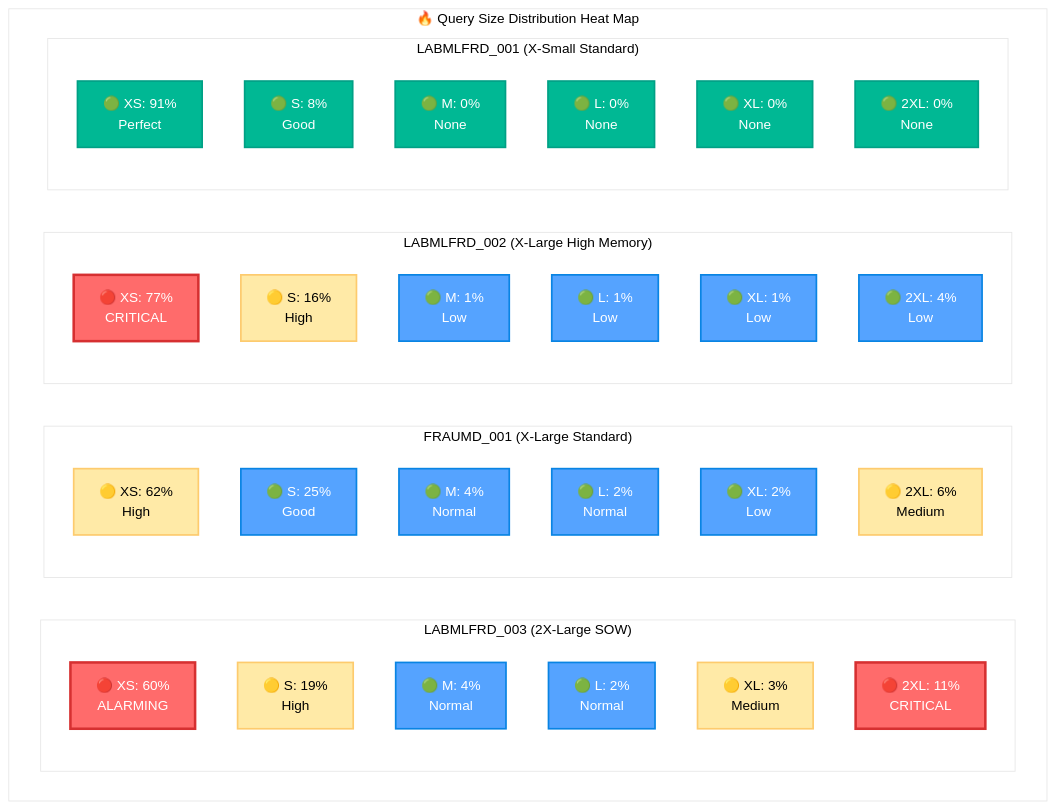
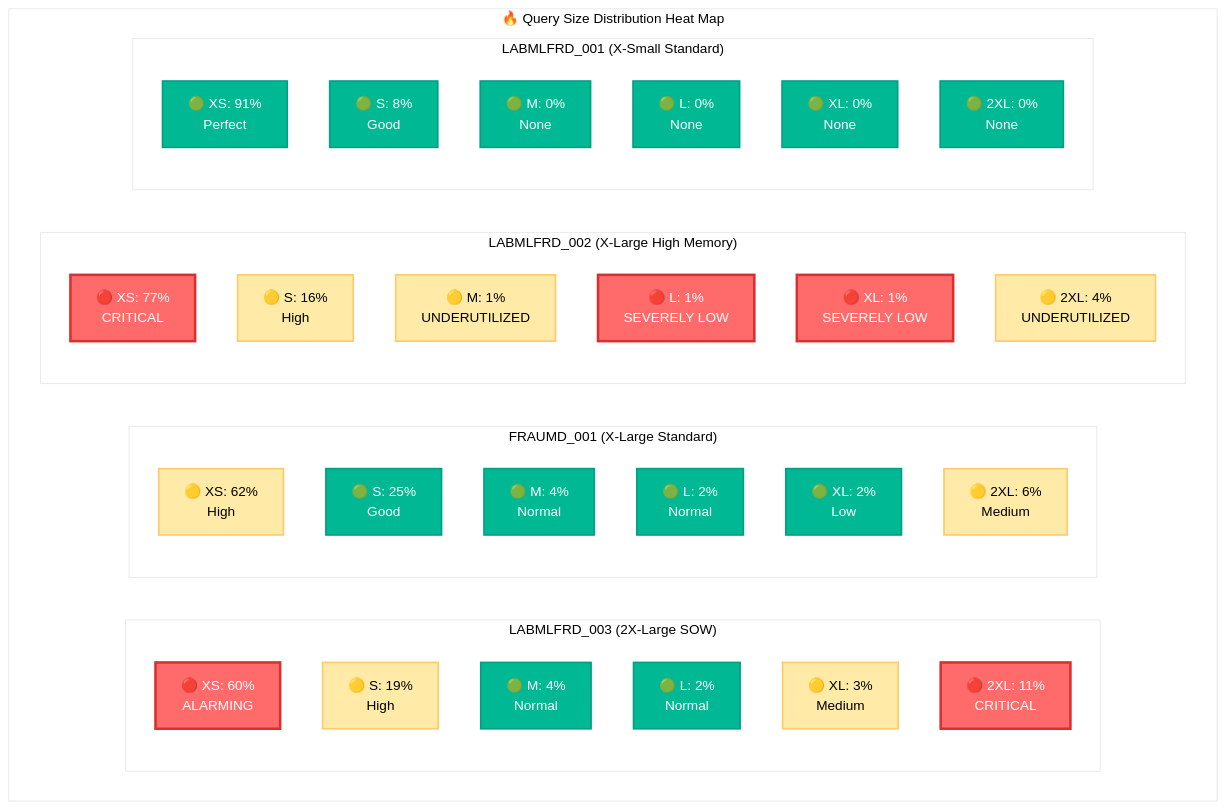
The first of 4 diagrams in WH Analysis/FRAUMD_Warehouse_Analysis_Guide.md (sfc-gh-mhindi/REPO_CBA), drawn with Mermaid before and after one commit. The commit also changed other lines of this file, not shown here.

Commit message:
fix: Corrected heat map inconsistencies and simplified color scheme
Heat map legend and visualization fixes:
- Fixed missing blue color explanation in legend (was showing 4 colors but only 3 definitions)
- Corrected LABMLFRD_002 underutilization analysis:
  - L/XL queries at 1% each now marked as 🔴 SEVERELY LOW (not good)
  - 2XL at 4% marked as 🟡 UNDERUTILIZED (not good)
  - Only 6% total L/XL/2XL queries justify X-Large High Memory warehouse
- Simplified color scheme by merging blue and green categories:
  - Removed separate 'optimal' category (blue)
  - Consolidated into single 🟢 GOOD category (green)
  - Cleaner 3-color system: Critical (red), Warning (yellow), Good (green)
- Updated legend to include underutilization criteria for high-capacity warehouses
- Enhanced Key Insights to highlight dual inefficiency: over-provisioning + underutilization

Impact: More accurate assessment of warehouse efficiency with clearer visual communication

````diff
--- a/WH Analysis/FRAUMD_Warehouse_Analysis_Guide.md
+++ b/WH Analysis/FRAUMD_Warehouse_Analysis_Guide.md
@@ -107,51 +107,49 @@
 ```mermaid
 %%{init: {'theme':'base', 'themeVariables': { 'primaryColor': '#ff6b6b', 'primaryTextColor': '#fff', 'primaryBorderColor': '#7C0000', 'lineColor': '#F8B229', 'secondaryColor': '#006100', 'tertiaryColor': '#fff'}}}%%
 flowchart TB
     subgraph "🔥 Query Size Distribution Heat Map"
         subgraph "LABMLFRD_003 (2X-Large SOW)"
             L003_XS["🔴 XS: 60%<br/>ALARMING"]
             L003_S["🟡 S: 19%<br/>High"]
             L003_M["🟢 M: 4%<br/>Normal"]
             L003_L["🟢 L: 2%<br/>Normal"]
             L003_XL["🟡 XL: 3%<br/>Medium"]
             L003_2XL["🔴 2XL: 11%<br/>CRITICAL"]
         end
         
         subgraph "FRAUMD_001 (X-Large Standard)"
             F001_XS["🟡 XS: 62%<br/>High"]
             F001_S["🟢 S: 25%<br/>Good"]
             F001_M["🟢 M: 4%<br/>Normal"]
             F001_L["🟢 L: 2%<br/>Normal"]
             F001_XL["🟢 XL: 2%<br/>Low"]
             F001_2XL["🟡 2XL: 6%<br/>Medium"]
         end
         
         subgraph "LABMLFRD_002 (X-Large High Memory)"
             L002_XS["🔴 XS: 77%<br/>CRITICAL"]
             L002_S["🟡 S: 16%<br/>High"]
-            L002_M["🟢 M: 1%<br/>Low"]
-            L002_L["🟢 L: 1%<br/>Low"]
-            L002_XL["🟢 XL: 1%<br/>Low"]
-            L002_2XL["🟢 2XL: 4%<br/>Low"]
+            L002_M["🟡 M: 1%<br/>UNDERUTILIZED"]
+            L002_L["🔴 L: 1%<br/>SEVERELY LOW"]
+            L002_XL["🔴 XL: 1%<br/>SEVERELY LOW"]
+            L002_2XL["🟡 2XL: 4%<br/>UNDERUTILIZED"]
         end
         
         subgraph "LABMLFRD_001 (X-Small Standard)"
             L001_XS["🟢 XS: 91%<br/>Perfect"]
             L001_S["🟢 S: 8%<br/>Good"]
             L001_M["🟢 M: 0%<br/>None"]
             L001_L["🟢 L: 0%<br/>None"]
             L001_XL["🟢 XL: 0%<br/>None"]
             L001_2XL["🟢 2XL: 0%<br/>None"]
         end
     end
     
     classDef critical fill:#ff6b6b,stroke:#d63031,stroke-width:3px,color:#fff
     classDef warning fill:#ffeaa7,stroke:#fdcb6e,stroke-width:2px,color:#000
-    classDef good fill:#55a3ff,stroke:#0984e3,stroke-width:2px,color:#fff
-    classDef optimal fill:#00b894,stroke:#00a085,stroke-width:2px,color:#fff
+    classDef good fill:#00b894,stroke:#00a085,stroke-width:2px,color:#fff
     
-    class L003_XS,L003_2XL,L002_XS critical
-    class L003_S,L003_XL,F001_XS,F001_2XL,L002_S warning
-    class L003_M,L003_L,F001_S,F001_M,F001_L,F001_XL,L002_M,L002_L,L002_XL,L002_2XL good
-    class L001_XS,L001_S,L001_M,L001_L,L001_XL,L001_2XL optimal
+    class L003_XS,L003_2XL,L002_XS,L002_L,L002_XL critical
+    class L003_S,L003_XL,F001_XS,F001_2XL,L002_S,L002_M,L002_2XL warning
+    class L003_M,L003_L,F001_S,F001_M,F001_L,F001_XL,L001_XS,L001_S,L001_M,L001_L,L001_XL,L001_2XL good
 ```
````
